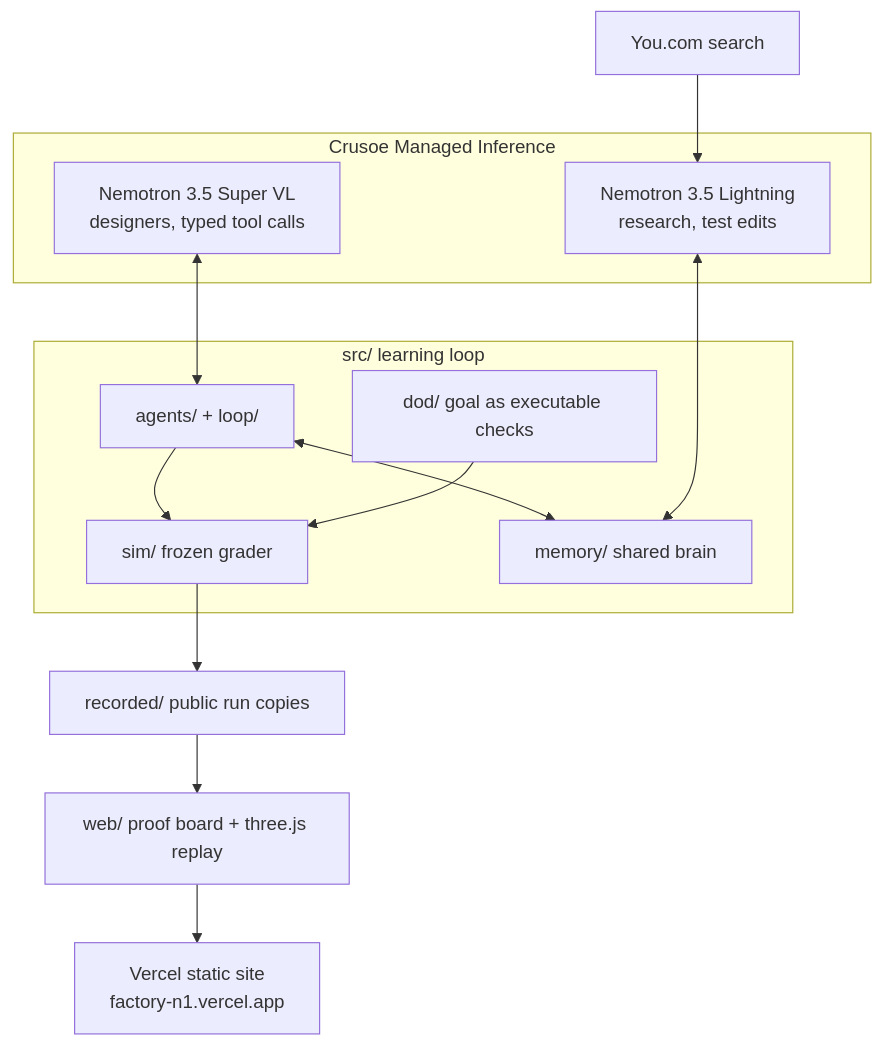
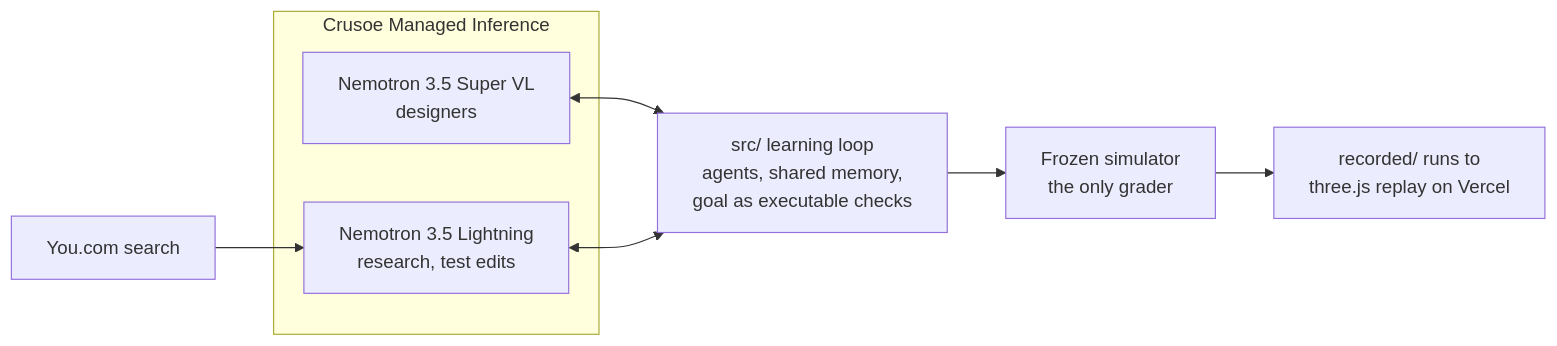
Before and after one commit to benikigai/factory-n1: the second of 2 diagrams in README.md, drawn with Mermaid.

Commit message:
README: compact diagrams for GitHub's Mermaid viewer

````diff
--- a/README.md
+++ b/README.md
@@ -50,18 +50,12 @@
 ```mermaid
-flowchart TB
-    subgraph Inference["Crusoe Managed Inference"]
-        SVL["Nemotron 3.5 Super VL<br/>designers, typed tool calls"]
+flowchart LR
+    YOU["You.com search"] --> LTN
+    subgraph CRU["Crusoe Managed Inference"]
+        SVL["Nemotron 3.5 Super VL<br/>designers"]
         LTN["Nemotron 3.5 Lightning<br/>research, test edits"]
     end
-    YOU["You.com search"] --> LTN
-    subgraph Loop["src/ learning loop"]
-        AG["agents/ + loop/"] --> SIM["sim/ frozen grader"]
-        AG <--> MEM["memory/ shared brain"]
-        DOD["dod/ goal as executable checks"] --> SIM
-    end
-    SVL <--> AG
-    LTN <--> MEM
-    SIM --> REC["recorded/ public run copies"]
-    REC --> WEB["web/ proof board + three.js replay"]
-    WEB --> VER["Vercel static site<br/>factory-n1.vercel.app"]
+    SVL <--> LOOP["src/ learning loop<br/>agents, shared memory,<br/>goal as executable checks"]
+    LTN <--> LOOP
+    LOOP --> SIM["Frozen simulator<br/>the only grader"]
+    SIM --> WEB["recorded/ runs to<br/>three.js replay on Vercel"]
 ```
````
